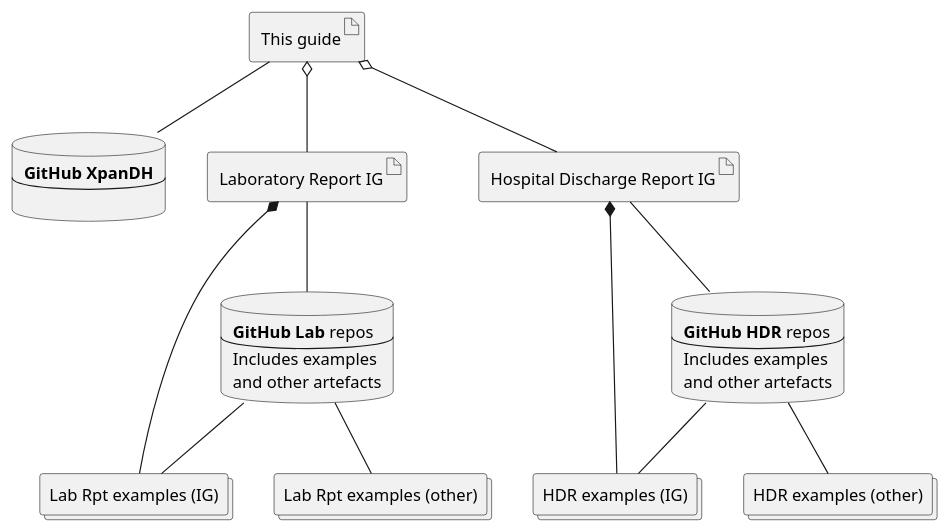
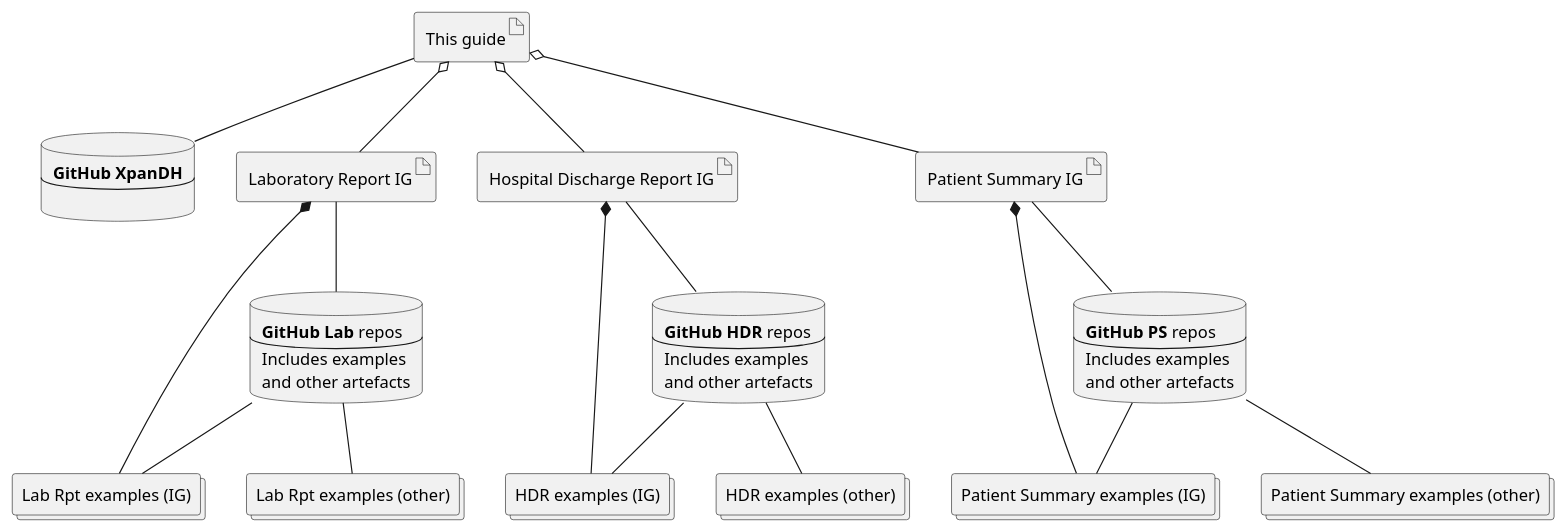
Before and after one commit to carmoao/XpanDH: the diagram in input/images-source/ig-structure.plantuml, drawn with PlantUML. The commit also changed 1 other file, not shown here.

```diff
--- a/input/images-source/ig-structure.plantuml
+++ b/input/images-source/ig-structure.plantuml
@@ -1,60 +1,84 @@
 @startuml
 
 
 database GitHubLab [
 <b>GitHub Lab</b> repos
 ----
 Includes examples
 and other artefacts
 ]
 
 database GitHubHDR [
 <b>GitHub HDR</b> repos
 ----
 Includes examples
 and other artefacts
 ]
+
+database GitHubPs [
+<b>GitHub PS</b> repos
+----
+Includes examples
+and other artefacts
+]
+
 database GitHubXph [
 <b>GitHub XpanDH</b>
 ----
 
+]
+
+collections PatientSummaryIg [
+Patient Summary examples (IG)
+]
+
+collections PatientSummary [
+Patient Summary examples (other)
 ]
 
 collections LabReportIg [
 Lab Rpt examples (IG)
 ]
 
 collections LabReport [
 Lab Rpt examples (other)
 ]
 
 collections HDRIg [
 HDR examples (IG)
 ]
 
 collections HDR [
 HDR examples (other)
 ]
 
 
 artifact "This guide"
 artifact "Laboratory Report IG"
 artifact "Hospital Discharge Report IG"
+artifact "Patient Summary IG"
 
 
 "This guide" -- GitHubXph 
 "This guide" o-- "Laboratory Report IG"
 "This guide" o-- "Hospital Discharge Report IG"
+"This guide" o-- "Patient Summary IG"
+
+
+"Patient Summary IG" -- GitHubPs 
+"Patient Summary IG" *-- PatientSummaryIg 
+GitHubPs -- PatientSummary 
+GitHubPs -- PatientSummaryIg
 
 "Laboratory Report IG" -- GitHubLab 
 "Laboratory Report IG" *-- LabReportIg 
 GitHubLab -- LabReport 
 GitHubLab -- LabReportIg
 
 "Hospital Discharge Report IG" -- GitHubHDR
 "Hospital Discharge Report IG" *-- HDRIg
 GitHubHDR -- HDR
 GitHubHDR -- HDRIg
 
 
 @enduml
```
